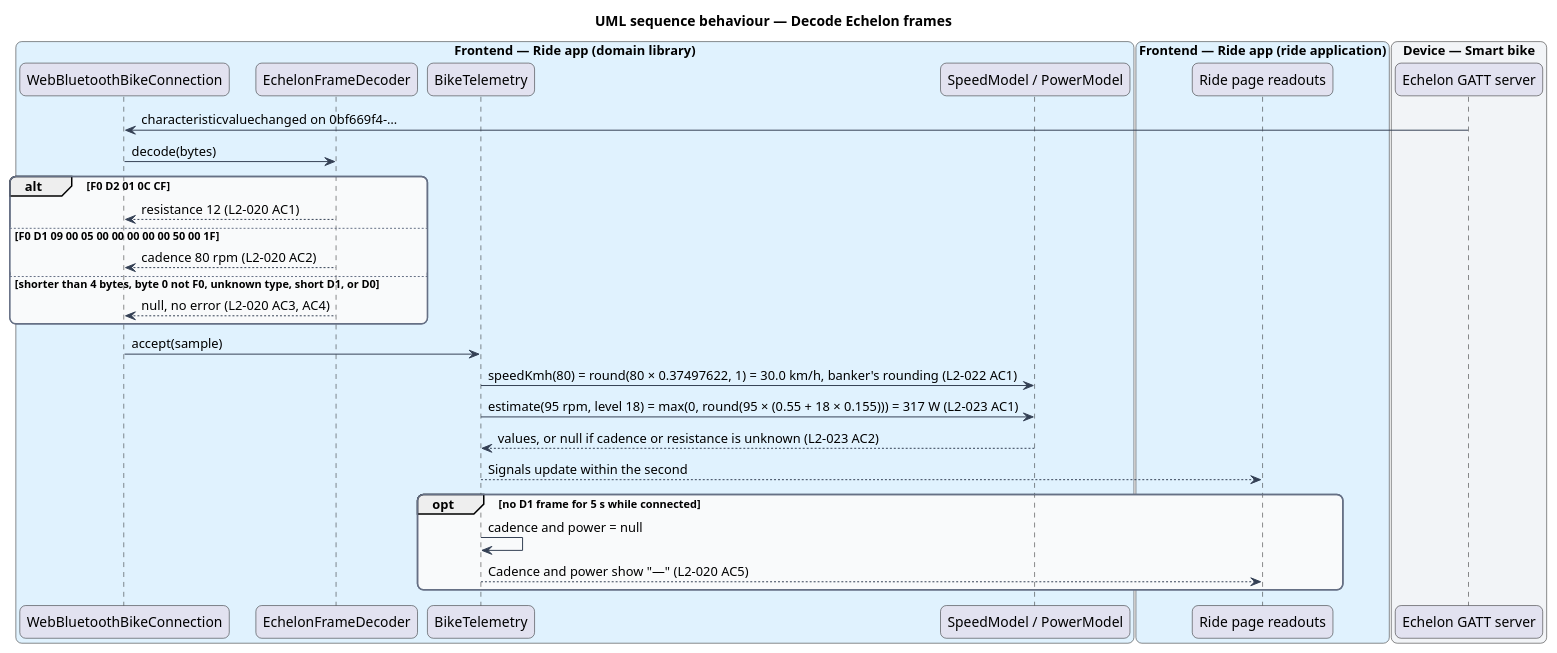
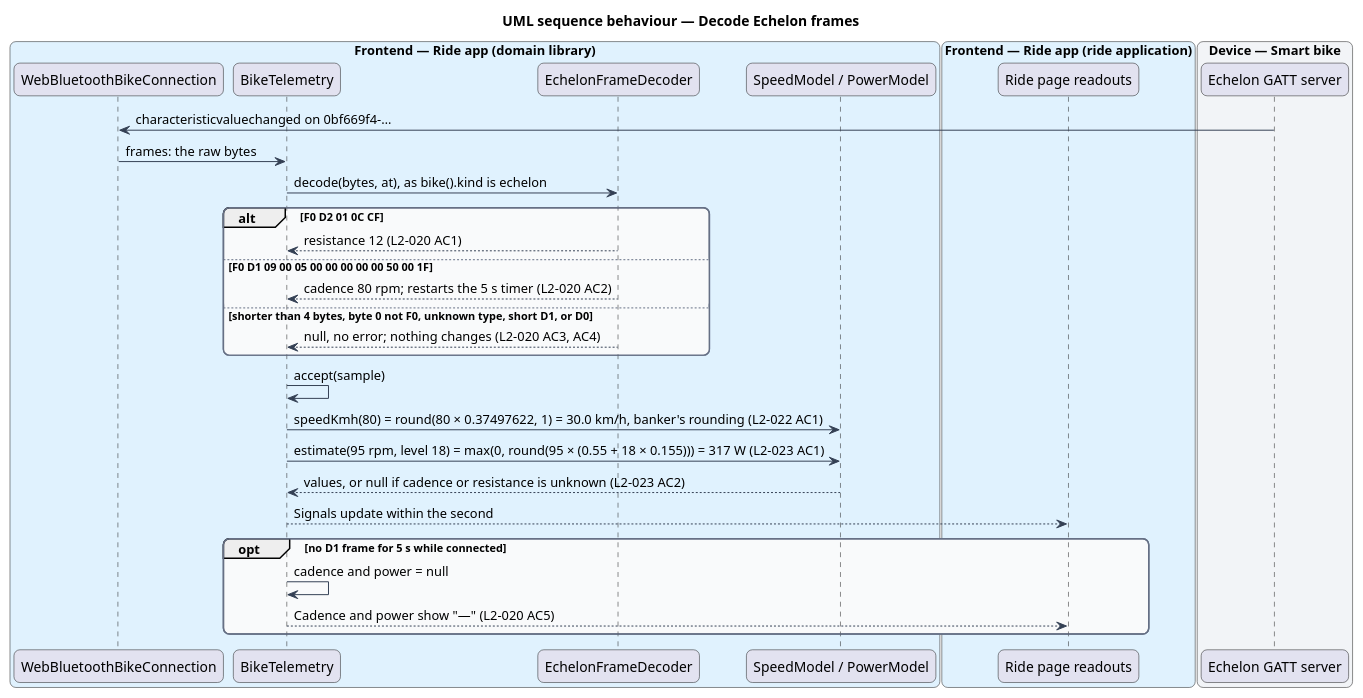
The diagram in docs/detailed-designs/bike/read-bike-telemetry/diagrams/sequence-decode-echelon-frames.puml (QuinntyneBrown/ride-one), drawn with PlantUML before and after one commit. The commit also changed 6 other files, not shown here.

```diff
--- a/docs/detailed-designs/bike/read-bike-telemetry/diagrams/sequence-decode-echelon-frames.puml
+++ b/docs/detailed-designs/bike/read-bike-telemetry/diagrams/sequence-decode-echelon-frames.puml
@@ -1,47 +1,48 @@
 @startuml
 title UML sequence behaviour — Decode Echelon frames
 skinparam backgroundColor #FFFFFF
 skinparam shadowing false
 skinparam roundcorner 12
 skinparam defaultFontName Arial
 skinparam ArrowColor #344054
 skinparam rectangle {
   BorderColor #344054
   FontColor #101828
 }
 skinparam package {
   BorderColor #667085
   FontColor #101828
   BackgroundColor #F9FAFB
 }
 box "Frontend — Ride app (domain library)" #E0F2FE
   participant "WebBluetoothBikeConnection" as conn
+  participant "BikeTelemetry" as tele
   participant "EchelonFrameDecoder" as dec
-  participant "BikeTelemetry" as tele
   participant "SpeedModel / PowerModel" as models
 end box
 box "Frontend — Ride app (ride application)" #E0F2FE
   participant "Ride page readouts" as page
 end box
 box "Device — Smart bike" #F2F4F7
   participant "Echelon GATT server" as bike
 end box
 bike -> conn : characteristicvaluechanged on 0bf669f4-…
-conn -> dec : decode(bytes)
+conn -> tele : frames: the raw bytes
+tele -> dec : decode(bytes, at), as bike().kind is echelon
 alt F0 D2 01 0C CF
-  dec --> conn : resistance 12 (L2-020 AC1)
+  dec --> tele : resistance 12 (L2-020 AC1)
 else F0 D1 09 00 05 00 00 00 00 00 50 00 1F
-  dec --> conn : cadence 80 rpm (L2-020 AC2)
+  dec --> tele : cadence 80 rpm; restarts the 5 s timer (L2-020 AC2)
 else shorter than 4 bytes, byte 0 not F0, unknown type, short D1, or D0
-  dec --> conn : null, no error (L2-020 AC3, AC4)
+  dec --> tele : null, no error; nothing changes (L2-020 AC3, AC4)
 end
-conn -> tele : accept(sample)
+tele -> tele : accept(sample)
 tele -> models : speedKmh(80) = round(80 × 0.37497622, 1) = 30.0 km/h, banker's rounding (L2-022 AC1)
 tele -> models : estimate(95 rpm, level 18) = max(0, round(95 × (0.55 + 18 × 0.155))) = 317 W (L2-023 AC1)
 models --> tele : values, or null if cadence or resistance is unknown (L2-023 AC2)
 tele --> page : Signals update within the second
 opt no D1 frame for 5 s while connected
   tele -> tele : cadence and power = null
   tele --> page : Cadence and power show "—" (L2-020 AC5)
 end
 @enduml
```
